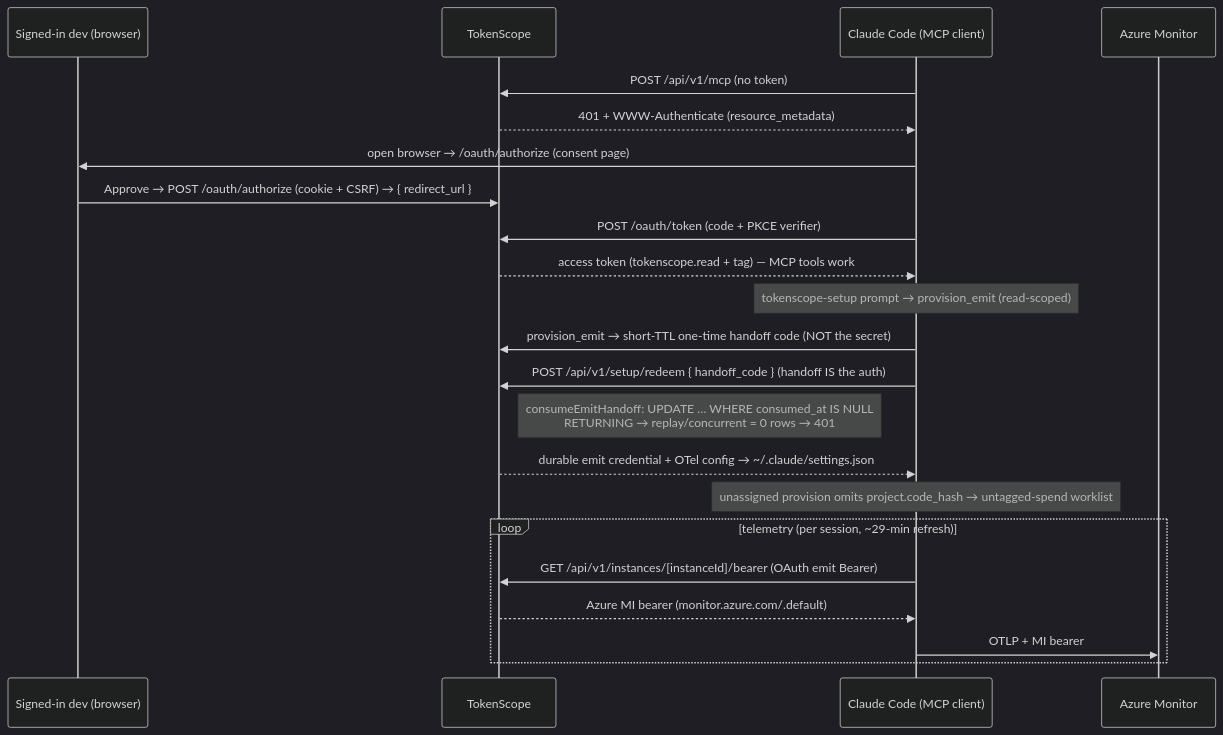
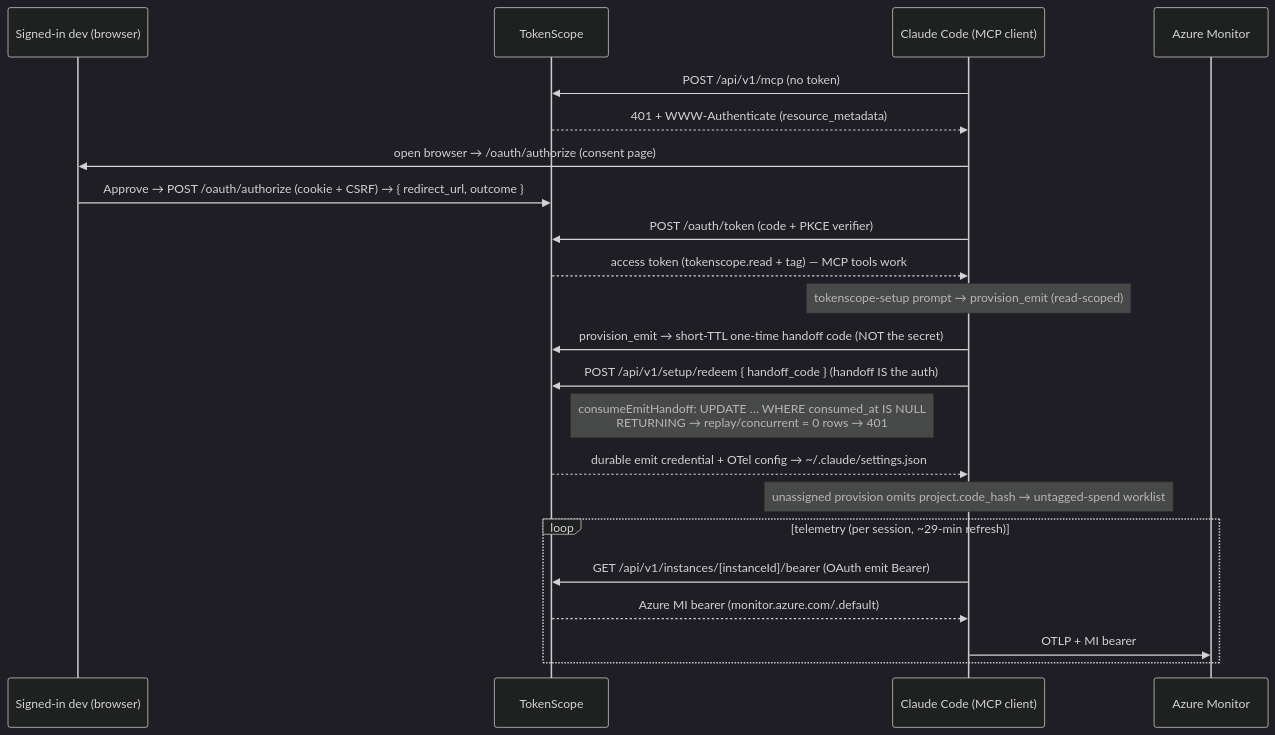
The fourth of 5 diagrams in docs/wiki/Authentication-and-Security.md (Insight-Services-APAC/tokenscope-public), drawn with Mermaid (dark theme) before and after one commit. The commit also changed other lines of this file and 84 other files, not shown here.

````diff
--- a/docs/wiki/Authentication-and-Security.md
+++ b/docs/wiki/Authentication-and-Security.md
@@ -416,25 +416,25 @@
 ```mermaid
 sequenceDiagram
     participant Dev as Signed-in dev (browser)
     participant API as TokenScope
     participant CLI as Claude Code (MCP client)
     participant AZ as Azure Monitor
 
     CLI->>API: POST /api/v1/mcp (no token)
     API-->>CLI: 401 + WWW-Authenticate (resource_metadata)
     CLI->>Dev: open browser → /oauth/authorize (consent page)
-    Dev->>API: Approve → POST /oauth/authorize (cookie + CSRF) → { redirect_url }
+    Dev->>API: Approve → POST /oauth/authorize (cookie + CSRF) → { redirect_url, outcome }
     CLI->>API: POST /oauth/token (code + PKCE verifier)
     API-->>CLI: access token (tokenscope.read + tag) — MCP tools work
     Note over CLI: tokenscope-setup prompt → provision_emit (read-scoped)
     CLI->>API: provision_emit → short-TTL one-time handoff code (NOT the secret)
     CLI->>API: POST /api/v1/setup/redeem { handoff_code } (handoff IS the auth)
     Note right of API: consumeEmitHandoff: UPDATE … WHERE consumed_at IS NULL<br/>RETURNING → replay/concurrent = 0 rows → 401
     API-->>CLI: durable emit credential + OTel config → ~/.claude/settings.json
     Note over CLI: unassigned provision omits project.code_hash → untagged-spend worklist
     loop telemetry (per session, ~29-min refresh)
         CLI->>API: GET /api/v1/instances/[instanceId]/bearer (OAuth emit Bearer)
         API-->>CLI: Azure MI bearer (monitor.azure.com/.default)
         CLI->>AZ: OTLP + MI bearer
     end
 ```
````
